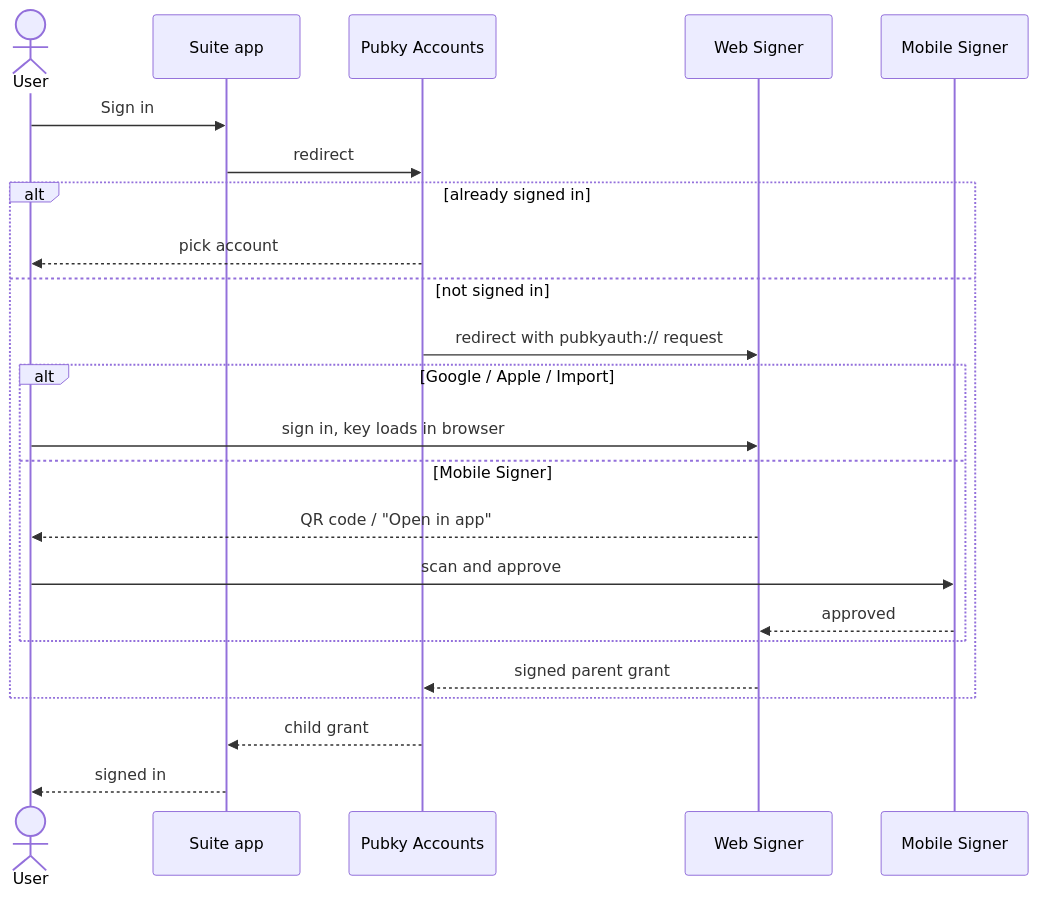
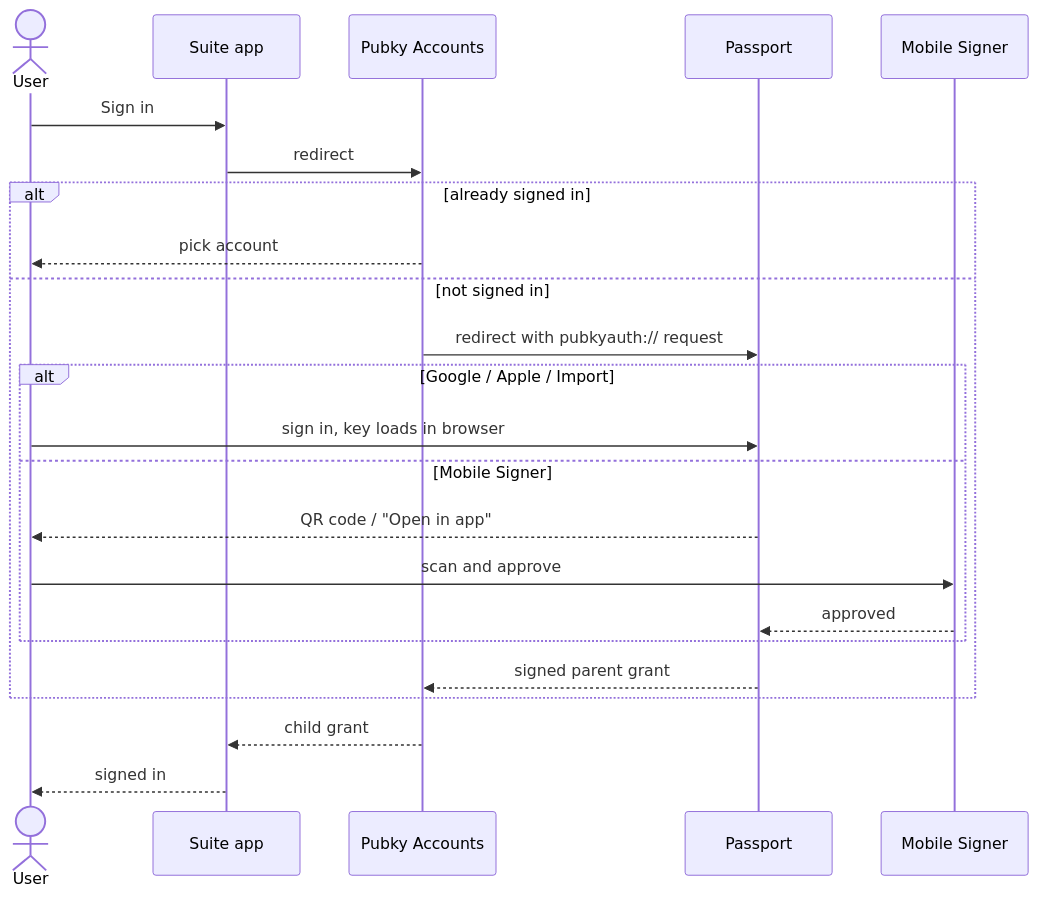
Before and after one commit to pubky/pubky-passport: the first of 5 diagrams in docs/rfc/0001-signers-and-accounts.md, drawn with Mermaid. The commit also changed other lines of this file, not shown here.

Commit message:
docs(rfc): call the Web Signer Passport

````diff
--- a/docs/rfc/0001-signers-and-accounts.md
+++ b/docs/rfc/0001-signers-and-accounts.md
@@ -53,26 +53,26 @@
 ```mermaid
 sequenceDiagram
     actor U as User
     participant App as Suite app
     participant Acc as Pubky Accounts
-    participant WS as Web Signer
+    participant WS as Passport
     participant MS as Mobile Signer
 
     U->>App: Sign in
     App->>Acc: redirect
     alt already signed in
         Acc-->>U: pick account
     else not signed in
         Acc->>WS: redirect with pubkyauth:// request
         alt Google / Apple / Import
             U->>WS: sign in, key loads in browser
         else Mobile Signer
             WS-->>U: QR code / "Open in app"
             U->>MS: scan and approve
             MS-->>WS: approved
         end
         WS-->>Acc: signed parent grant
     end
     Acc-->>App: child grant
     App-->>U: signed in
 ```
````
